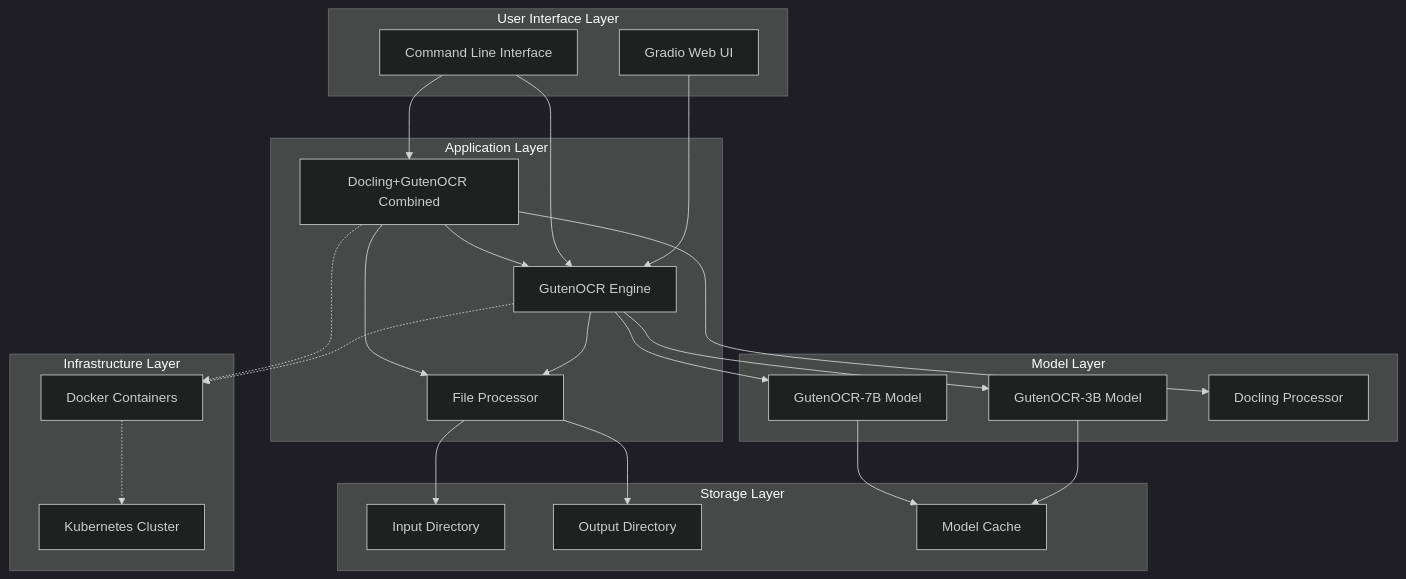
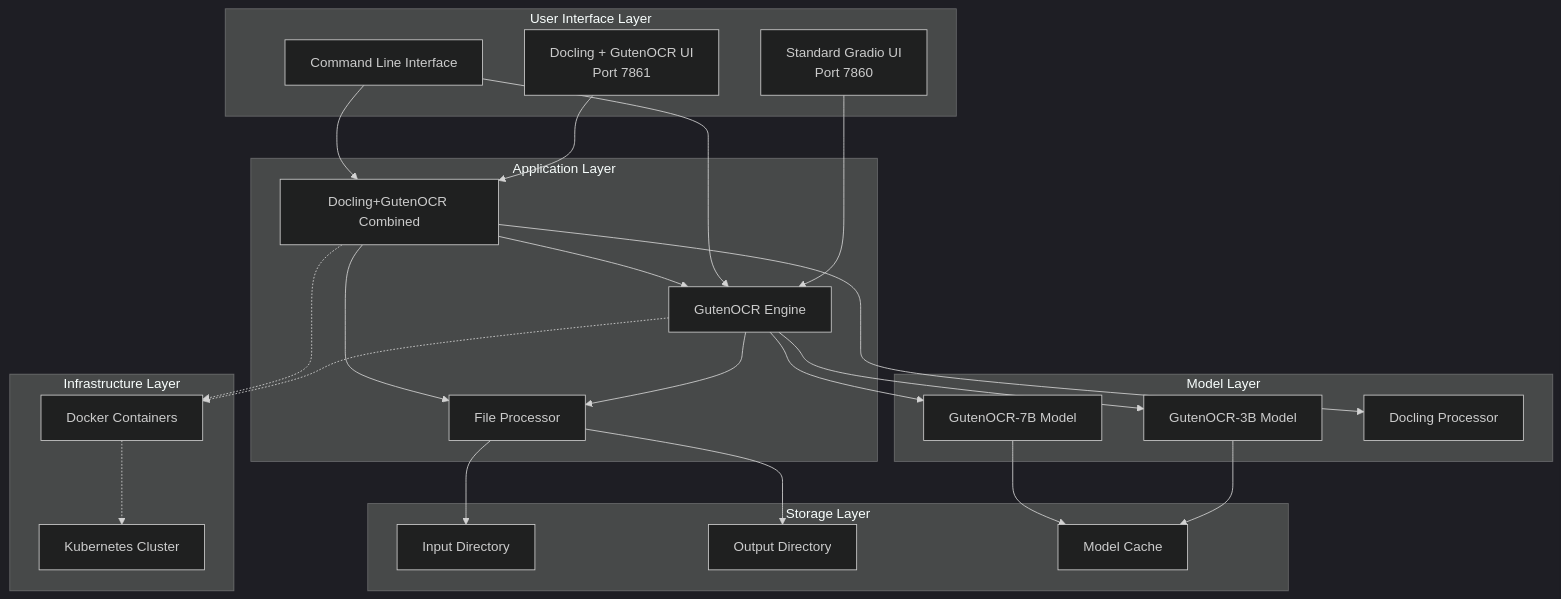
One commit to aairom/GutenOCR-Test changed the first of 6 diagrams in docs/ARCHITECTURE.md. Above: the diagram before and after it, drawn with Mermaid (dark theme). The commit also changed other lines of this file and 9 other files, not shown here.

````diff
--- a/docs/ARCHITECTURE.md
+++ b/docs/ARCHITECTURE.md
@@ -9,52 +9,54 @@
 ```mermaid
 graph TB
     subgraph "User Interface Layer"
-        UI[Gradio Web UI]
+        UI1[Standard Gradio UI<br/>Port 7860]
+        UI2[Docling + GutenOCR UI<br/>Port 7861]
         CLI[Command Line Interface]
     end
     
     subgraph "Application Layer"
         Engine[GutenOCR Engine]
         FileProc[File Processor]
         Combined[Docling+GutenOCR Combined]
     end
     
     subgraph "Model Layer"
         Model3B[GutenOCR-3B Model]
         Model7B[GutenOCR-7B Model]
         Docling[Docling Processor]
     end
     
     subgraph "Storage Layer"
         Input[Input Directory]
         Output[Output Directory]
         Cache[Model Cache]
     end
     
     subgraph "Infrastructure Layer"
         Docker[Docker Containers]
         K8s[Kubernetes Cluster]
     end
     
-    UI --> Engine
+    UI1 --> Engine
+    UI2 --> Combined
     CLI --> Engine
     CLI --> Combined
     
     Engine --> Model3B
     Engine --> Model7B
     Engine --> FileProc
     
     Combined --> Engine
     Combined --> Docling
     Combined --> FileProc
     
     FileProc --> Input
     FileProc --> Output
     
     Model3B --> Cache
     Model7B --> Cache
     
     Engine -.-> Docker
     Combined -.-> Docker
     Docker -.-> K8s
 ```
````
